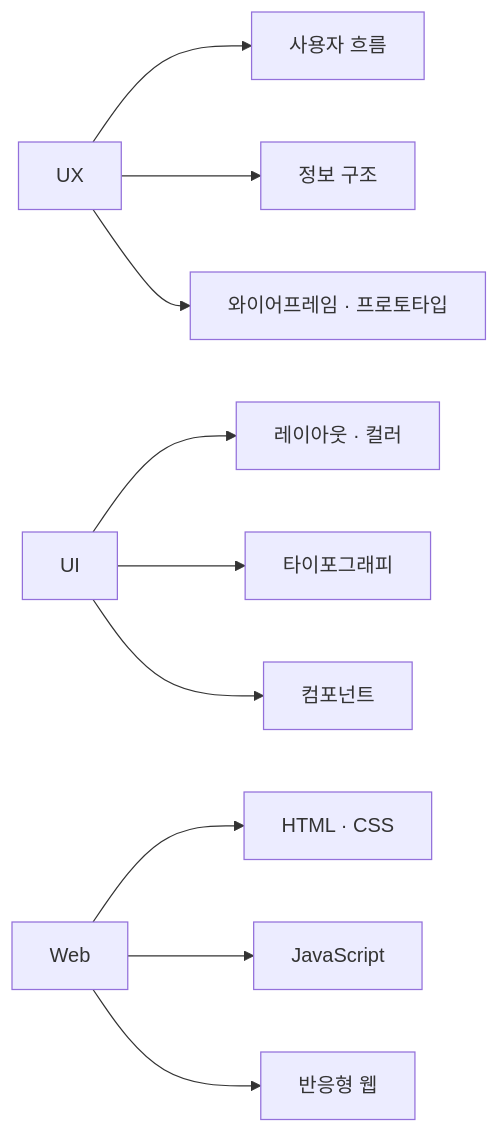
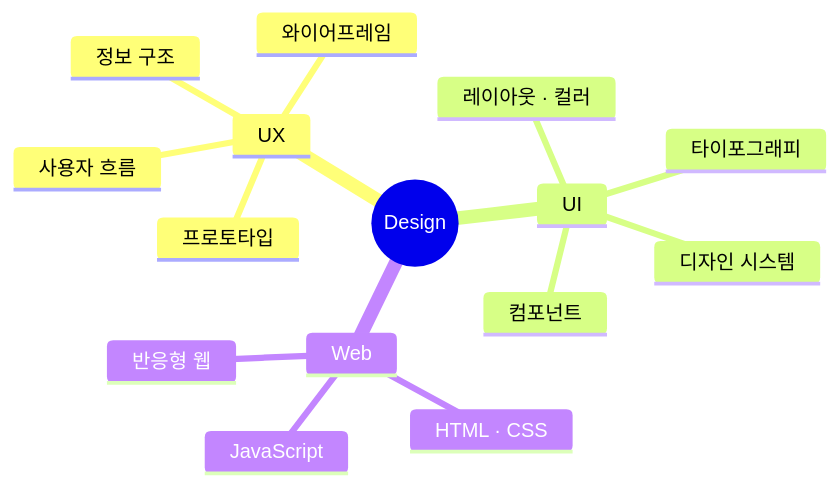
One commit to yujj9705/yujj9705 changed the diagram in README.md. Above: the diagram before and after it, drawn with Mermaid.

````diff
--- a/README.md
+++ b/README.md
@@ -46,14 +46,18 @@
 ```mermaid
-flowchart LR
-  A[UX] --> B[사용자 흐름]
-  A --> C[정보 구조]
-  A --> D[와이어프레임 · 프로토타입]
-
-  E[UI] --> F[레이아웃 · 컬러]
-  E --> G[타이포그래피]
-  E --> H[컴포넌트]
-
-  I[Web] --> J[HTML · CSS]
-  I --> K[JavaScript]
-  I --> L[반응형 웹]
+mindmap
+  root((Design))
+    UX
+      사용자 흐름
+      정보 구조
+      와이어프레임
+      프로토타입
+    UI
+      레이아웃 · 컬러
+      타이포그래피
+      컴포넌트
+      디자인 시스템
+    Web
+      HTML · CSS
+      JavaScript
+      반응형 웹
 ```
````
